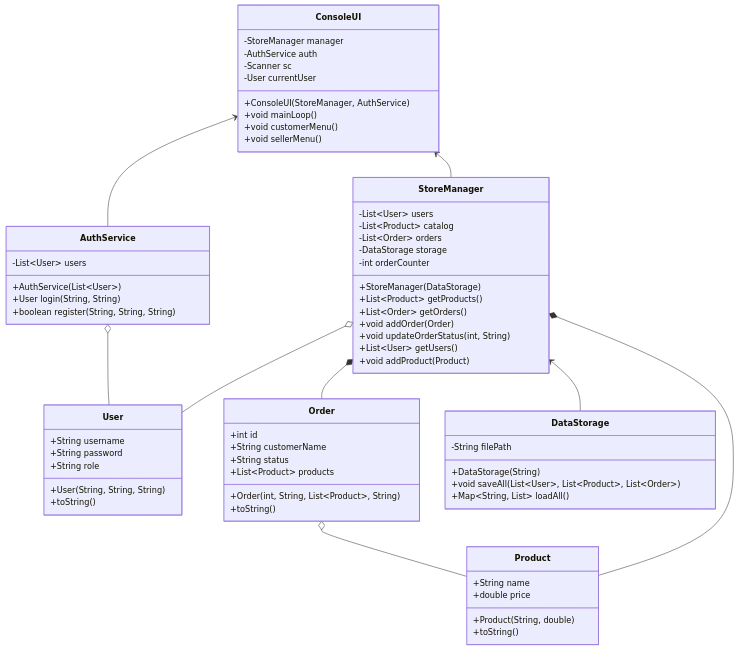
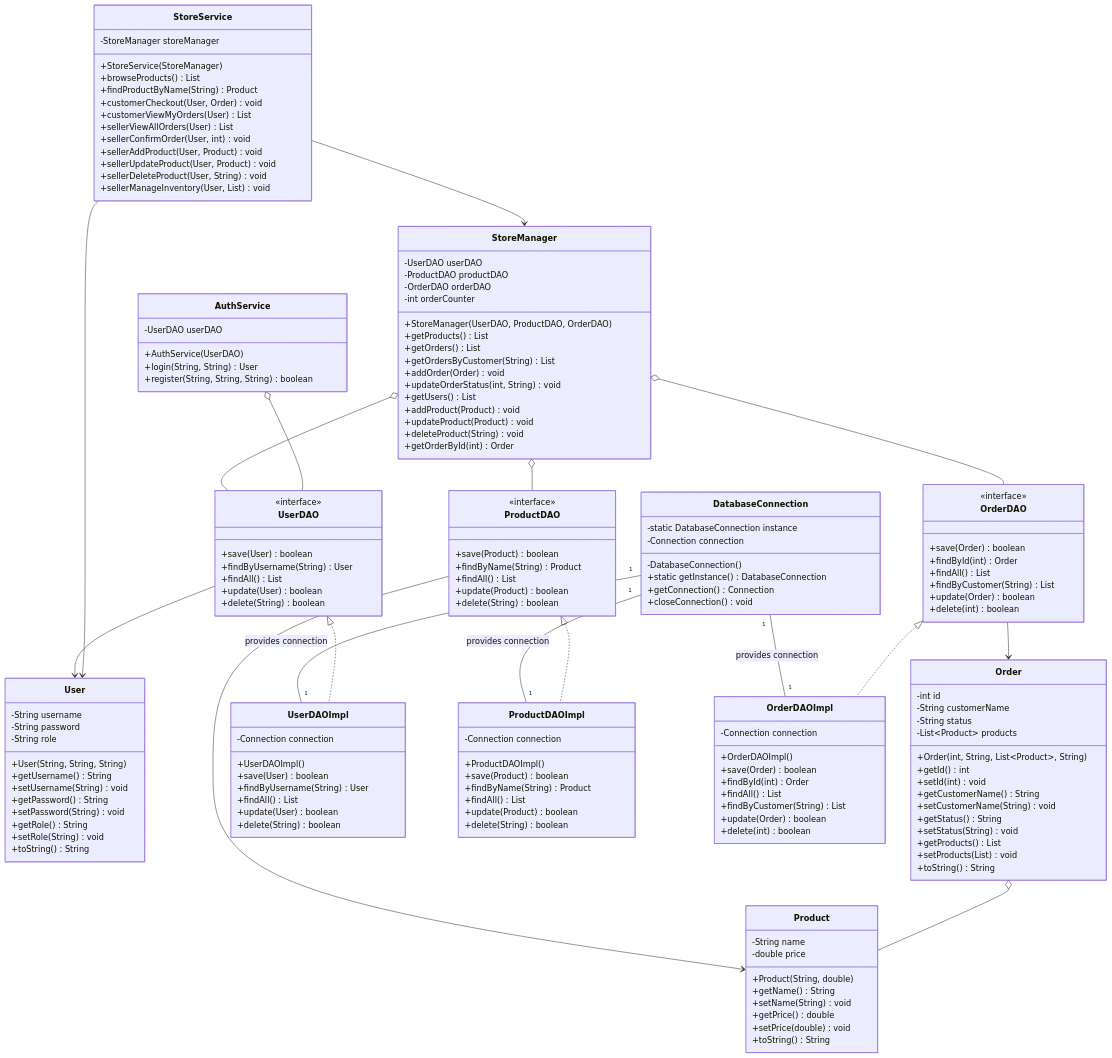
Before and after one commit to ArsenMonets/patterns: the second of 3 diagrams in README.md, drawn with Mermaid. The commit also changed other lines of this file and 76 other files, not shown here.

````diff
--- a/README.md
+++ b/README.md
@@ -76,78 +98,175 @@
 ```mermaid
 classDiagram
     class User {
-        +String username
-        +String password
-        +String role
+        -String username
+        -String password
+        -String role
         +User(String, String, String)
-        +toString()
+        +getUsername() String
+        +setUsername(String) void
+        +getPassword() String
+        +setPassword(String) void
+        +getRole() String
+        +setRole(String) void
+        +toString() String
     }
 
     class Product {
-        +String name
-        +double price
+        -String name
+        -double price
         +Product(String, double)
-        +toString()
+        +getName() String
+        +setName(String) void
+        +getPrice() double
+        +setPrice(double) void
+        +toString() String
     }
 
     class Order {
-        +int id
-        +String customerName
-        +String status
-        +List~Product~ products
+        -int id
+        -String customerName
+        -String status
+        -List~Product~ products
         +Order(int, String, List~Product~, String)
-        +toString()
+        +getId() int
+        +setId(int) void
+        +getCustomerName() String
+        +setCustomerName(String) void
+        +getStatus() String
+        +setStatus(String) void
+        +getProducts() List
+        +setProducts(List) void
+        +toString() String
     }
 
-    class DataStorage {
-        -String filePath
-        +DataStorage(String)
-        +void saveAll(List~User~, List~Product~, List~Order~)
-        +Map~String, List<?>~ loadAll()
+    class DatabaseConnection {
+        -static DatabaseConnection instance
+        -Connection connection
+        -DatabaseConnection()
+        +static getInstance() DatabaseConnection
+        +getConnection() Connection
+        +closeConnection() void
+    }
+
+    class UserDAO {
+        <<interface>>
+        +save(User) boolean
+        +findByUsername(String) User
+        +findAll() List
+        +update(User) boolean
+        +delete(String) boolean
+    }
+
+    class ProductDAO {
+        <<interface>>
+        +save(Product) boolean
+        +findByName(String) Product
+        +findAll() List
+        +update(Product) boolean
+        +delete(String) boolean
+    }
+
+    class OrderDAO {
+        <<interface>>
+        +save(Order) boolean
+        +findById(int) Order
+        +findAll() List
+        +findByCustomer(String) List
+        +update(Order) boolean
+        +delete(int) boolean
+    }
+
+    class UserDAOImpl {
+        -Connection connection
+        +UserDAOImpl()
+        +save(User) boolean
+        +findByUsername(String) User
+        +findAll() List
+        +update(User) boolean
+        +delete(String) boolean
+    }
+
+    class ProductDAOImpl {
+        -Connection connection
+        +ProductDAOImpl()
+        +save(Product) boolean
+        +findByName(String) Product
+        +findAll() List
+        +update(Product) boolean
+        +delete(String) boolean
+    }
+
+    class OrderDAOImpl {
+        -Connection connection
+        +OrderDAOImpl()
+        +save(Order) boolean
+        +findById(int) Order
+        +findAll() List
+        +findByCustomer(String) List
+        +update(Order) boolean
+        +delete(int) boolean
     }
 
     class StoreManager {
-        -List~User~ users
-        -List~Product~ catalog
-        -List~Order~ orders
-        -DataStorage storage
+        -UserDAO userDAO
+        -ProductDAO productDAO
+        -OrderDAO orderDAO
         -int orderCounter
-        +StoreManager(DataStorage)
-        +List~Product~ getProducts()
-        +List~Order~ getOrders()
-        +void addOrder(Order)
-        +void updateOrderStatus(int, String)
-        +List~User~ getUsers()
-        +void addProduct(Product)
+        +StoreManager(UserDAO, ProductDAO, OrderDAO)
+        +getProducts() List
+        +getOrders() List
+        +getOrdersByCustomer(String) List
+        +addOrder(Order) void
+        +updateOrderStatus(int, String) void
+        +getUsers() List
+        +addProduct(Product) void
+        +updateProduct(Product) void
+        +deleteProduct(String) void
+        +getOrderById(int) Order
+    }
+
+    class StoreService {
+        -StoreManager storeManager
+        +StoreService(StoreManager)
+        +browseProducts() List
+        +findProductByName(String) Product
+        +customerCheckout(User, Order) void
+        +customerViewMyOrders(User) List
+        +sellerViewAllOrders(User) List
+        +sellerConfirmOrder(User, int) void
+        +sellerAddProduct(User, Product) void
+        +sellerUpdateProduct(User, Product) void
+        +sellerDeleteProduct(User, String) void
+        +sellerManageInventory(User, List) void
     }
 
     class AuthService {
-        -List~User~ users
-        +AuthService(List~User~)
-        +User login(String, String)
-        +boolean register(String, String, String)
+        -UserDAO userDAO
+        +AuthService(UserDAO)
+        +login(String, String) User
+        +register(String, String, String) boolean
     }
 
-    class ConsoleUI {
-        -StoreManager manager
-        -AuthService auth
-        -Scanner sc
-        -User currentUser
-        +ConsoleUI(StoreManager, AuthService)
-        +void mainLoop()
-        +void customerMenu()
-        +void sellerMenu()
-    }
+    DatabaseConnection "1" -- "1" UserDAOImpl : provides connection
+    DatabaseConnection "1" -- "1" ProductDAOImpl : provides connection
+    DatabaseConnection "1" -- "1" OrderDAOImpl : provides connection
 
-    StoreManager o-- User
-    StoreManager *-- Product
-    StoreManager *-- Order
-    StoreManager <-- DataStorage
+    UserDAO <|.. UserDAOImpl
+    ProductDAO <|.. ProductDAOImpl
+    OrderDAO <|.. OrderDAOImpl
+
+    UserDAO --> User
+    ProductDAO --> Product
+    OrderDAO --> Order
+
+    StoreManager o-- UserDAO
+    StoreManager o-- ProductDAO
+    StoreManager o-- OrderDAO
+
+    StoreService --> StoreManager
+    StoreService --> User
 
     Order o-- Product
 
-    AuthService o-- User
-
-    ConsoleUI <-- StoreManager
-    ConsoleUI <-- AuthService
+    AuthService o-- UserDAO
 ```
````
